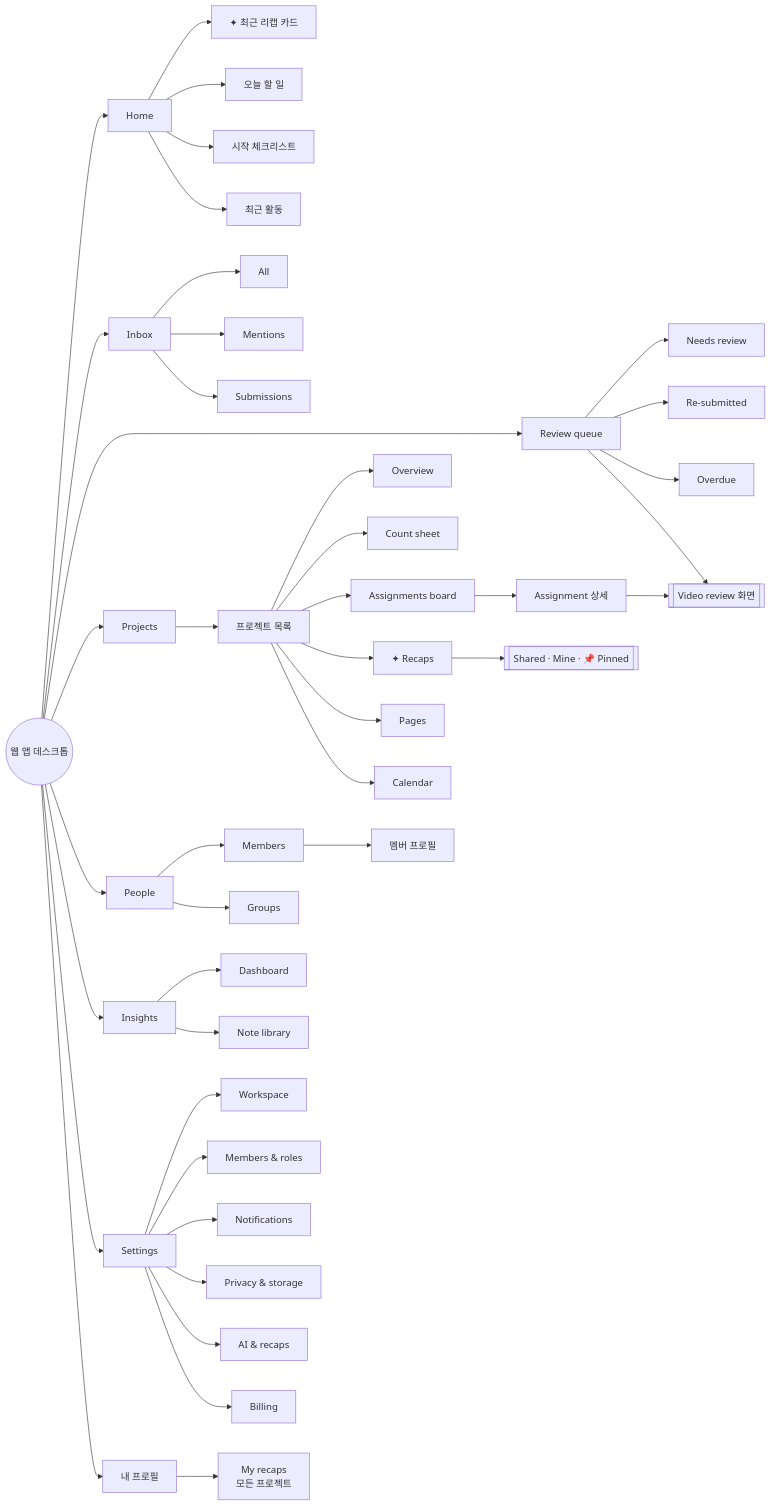
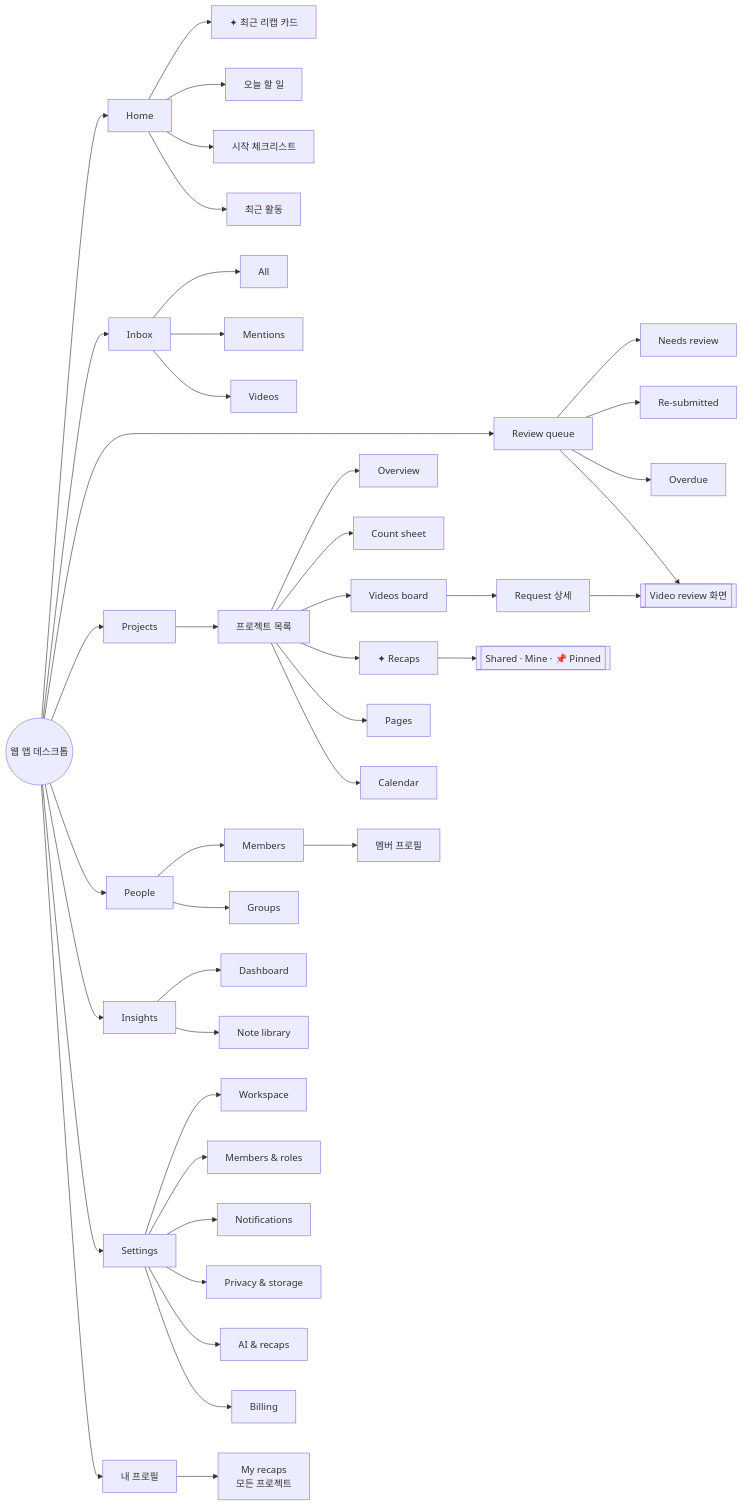
The third of 4 diagrams in docs/01-menu-structure.md (hope13710/dancerly), drawn with Mermaid before and after one commit. The commit also changed other lines of this file and 11 other files, not shown here.

````diff
--- a/docs/01-menu-structure.md
+++ b/docs/01-menu-structure.md
@@ -114,51 +114,51 @@
 ```mermaid
 flowchart LR
   APP((웹 앱 데스크톱)) --> HOME[Home]
   APP --> INBOX[Inbox]
   APP --> RQ[Review queue]
   APP --> PJ[Projects]
   APP --> PP[People]
   APP --> IN[Insights]
   APP --> ST[Settings]
 
   HOME --> H0[✦ 최근 리캡 카드]
   HOME --> H1[오늘 할 일]
   HOME --> H2[시작 체크리스트]
   HOME --> H3[최근 활동]
 
   INBOX --> I1[All]
   INBOX --> I2[Mentions]
-  INBOX --> I3[Submissions]
+  INBOX --> I3[Videos]
 
   RQ --> R1[Needs review]
   RQ --> R2[Re-submitted]
   RQ --> R3[Overdue]
   RQ --> RV[[Video review 화면]]
 
   PJ --> PX[프로젝트 목록]
   PX --> P1[Overview]
   PX --> P2[Count sheet]
-  PX --> P3[Assignments board]
+  PX --> P3[Videos board]
   PX --> P6[✦ Recaps]
   PX --> P4[Pages]
   PX --> P5[Calendar]
   P6 --> RL[[Shared · Mine · 📌 Pinned]]
-  P3 --> AS[Assignment 상세]
+  P3 --> AS[Request 상세]
   AS --> RV
 
   PP --> D1[Members]
   PP --> D2[Groups]
   D1 --> DP[멤버 프로필]
 
   IN --> N1[Dashboard]
   ME2[내 프로필] --> MR[My recaps<br/>모든 프로젝트]
   APP --> ME2
   IN --> N3[Note library]
 
   ST --> S1[Workspace]
   ST --> S2[Members & roles]
   ST --> S3[Notifications]
   ST --> S4[Privacy & storage]
   ST --> S5[AI & recaps]
   ST --> S6[Billing]
 ```
````
